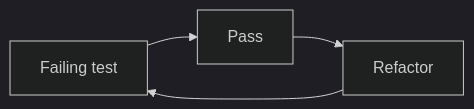
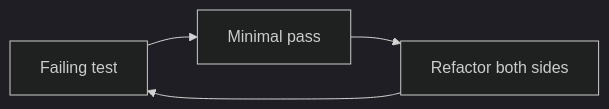
One commit to pmagnomuller/pmagnomuller.github.io changed the first of 2 diagrams in _cleancode/ch09-unit-tests.md. Above: the diagram before and after it, drawn with Mermaid (dark theme). The commit also changed other lines of this file and 28 other files, not shown here.

````diff
--- a/_cleancode/ch09-unit-tests.md
+++ b/_cleancode/ch09-unit-tests.md
@@ -24,6 +40,6 @@
 ```mermaid
 flowchart LR
-  Red[Failing test] --> Green[Pass]
-  Green --> Refactor[Refactor]
+  Red[Failing test] --> Green[Minimal pass]
+  Green --> Refactor[Refactor both sides]
   Refactor --> Red
 ```
````
